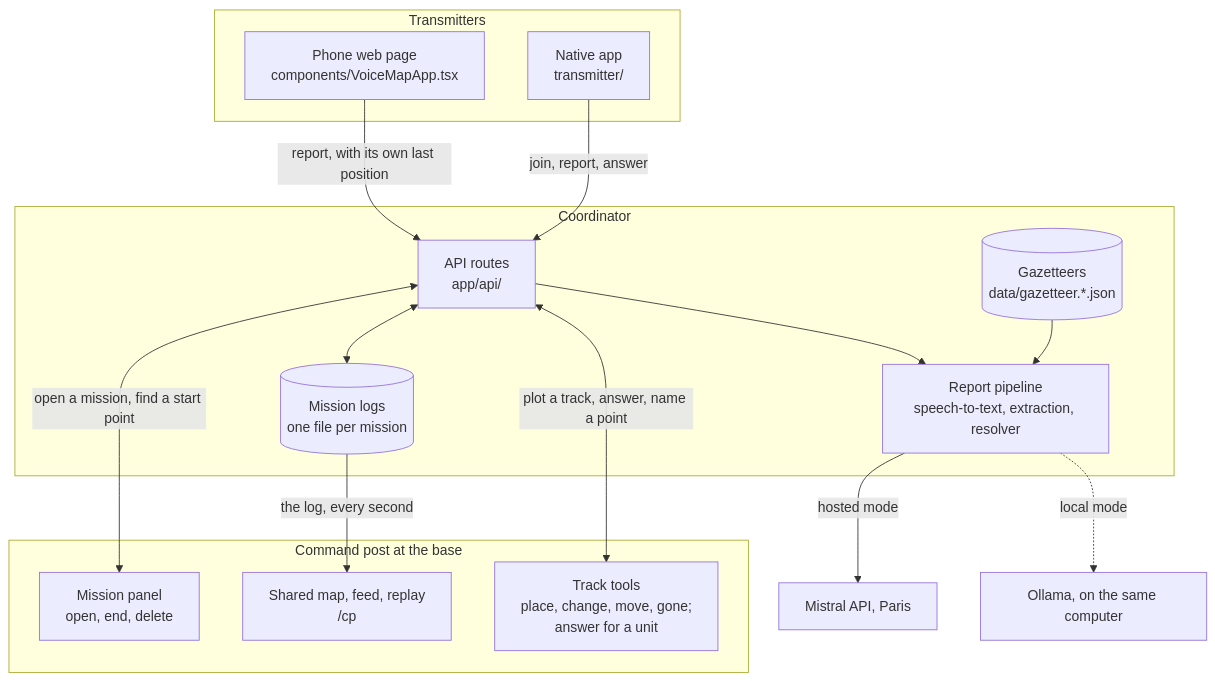
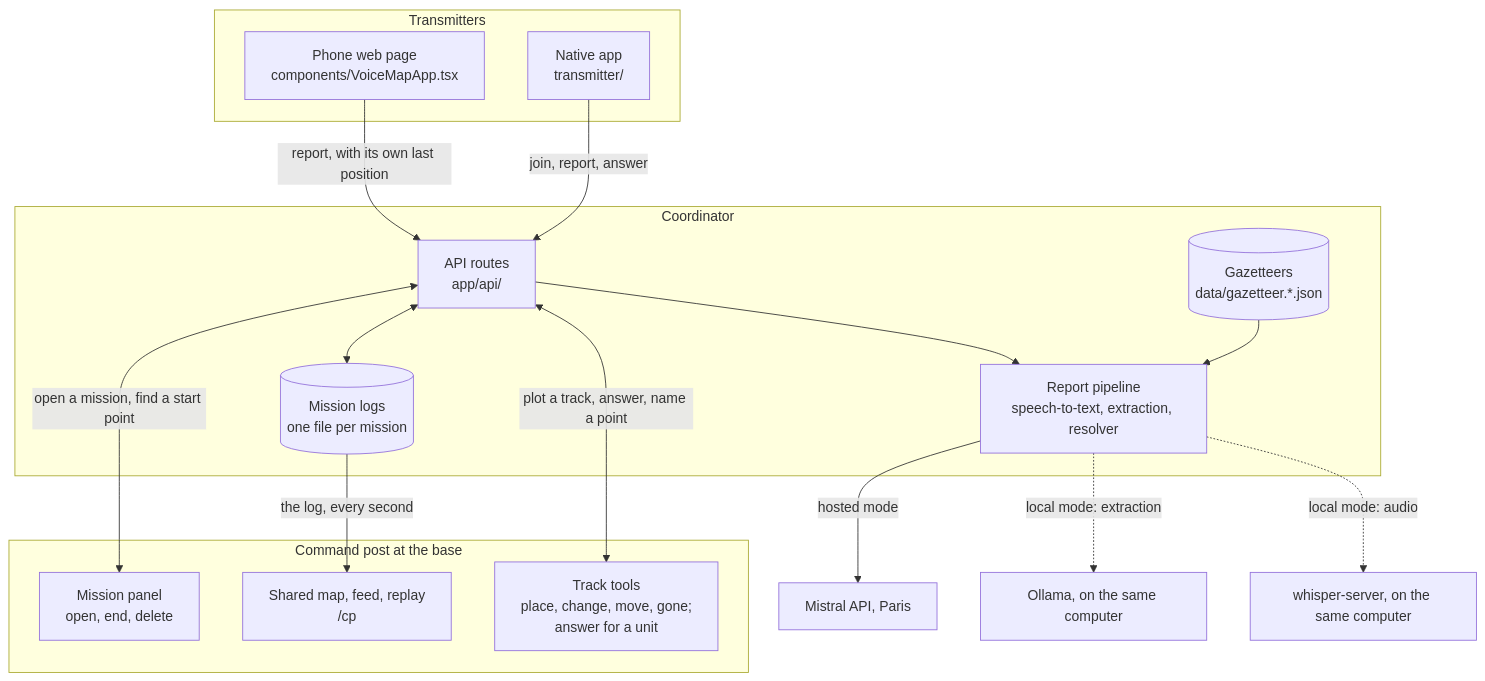
The first of 4 diagrams in docs/architecture.md (adam2765/edth-hackathon), drawn with Mermaid before and after one commit. The commit also changed other lines of this file and 17 other files, not shown here.

First line of the commit message:
Offline mode: speech-to-text on the coordinator through whisper-server

````diff
--- a/docs/architecture.md
+++ b/docs/architecture.md
@@ -20,34 +20,36 @@
 ```mermaid
 flowchart TB
     subgraph TX["Transmitters"]
         WEB["Phone web page<br/>components/VoiceMapApp.tsx"]
         NAT["Native app<br/>transmitter/"]
     end
 
     subgraph CO["Coordinator"]
         API["API routes<br/>app/api/"]
         PIPE["Report pipeline<br/>speech-to-text, extraction, resolver"]
         GAZ[("Gazetteers<br/>data/gazetteer.*.json")]
         LOG[("Mission logs<br/>one file per mission")]
     end
 
     subgraph RX["Command post at the base"]
         PANEL["Mission panel<br/>open, end, delete"]
         VIEW["Shared map, feed, replay<br/>/cp"]
         TOOLS["Track tools<br/>place, change, move, gone;<br/>answer for a unit"]
     end
 
     MIS["Mistral API, Paris"]
     OLL["Ollama, on the same computer"]
+    WSP["whisper-server, on the same computer"]
 
     WEB -- "report, with its own last position" --> API
     NAT -- "join, report, answer" --> API
     API --> PIPE
     GAZ --> PIPE
     API <--> LOG
     PIPE -- "hosted mode" --> MIS
-    PIPE -. "local mode" .-> OLL
+    PIPE -. "local mode: extraction" .-> OLL
+    PIPE -. "local mode: audio" .-> WSP
     LOG -- "the log, every second" --> VIEW
     API <-- "open a mission, find a start point" --> PANEL
     API <-- "plot a track, answer, name a point" --> TOOLS
 ```
````
